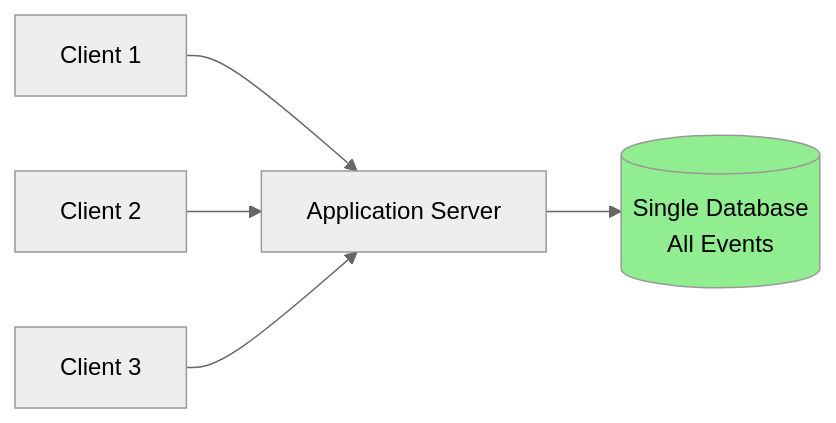
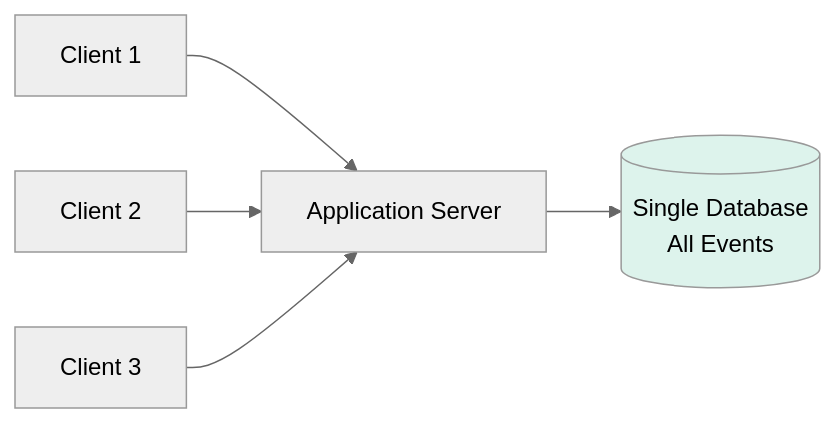
One commit to cartmancodes/InterviewVault changed the third of 34 diagrams in LLD/CoreConcepts/ConsistentHashing.md. Above: the diagram before and after it, drawn with Mermaid (neutral theme). The commit also changed other lines of this file and 679 other files, not shown here.

Commit message:
Unify content diagrams and add accessible visual walkthroughs

````diff
--- a/LLD/CoreConcepts/ConsistentHashing.md
+++ b/LLD/CoreConcepts/ConsistentHashing.md
@@ -79,16 +79,16 @@
 ```mermaid
 graph LR
     CLIENT1[Client 1]
     CLIENT2[Client 2]
     CLIENT3[Client 3]
     
     SERVER[Application Server]
     DB[(Single Database<br/>All Events)]
     
     CLIENT1 --> SERVER
     CLIENT2 --> SERVER
     CLIENT3 --> SERVER
     SERVER --> DB
     
-    style DB fill:#90EE90
+    style DB fill:#DDF3EC
 ```
````
